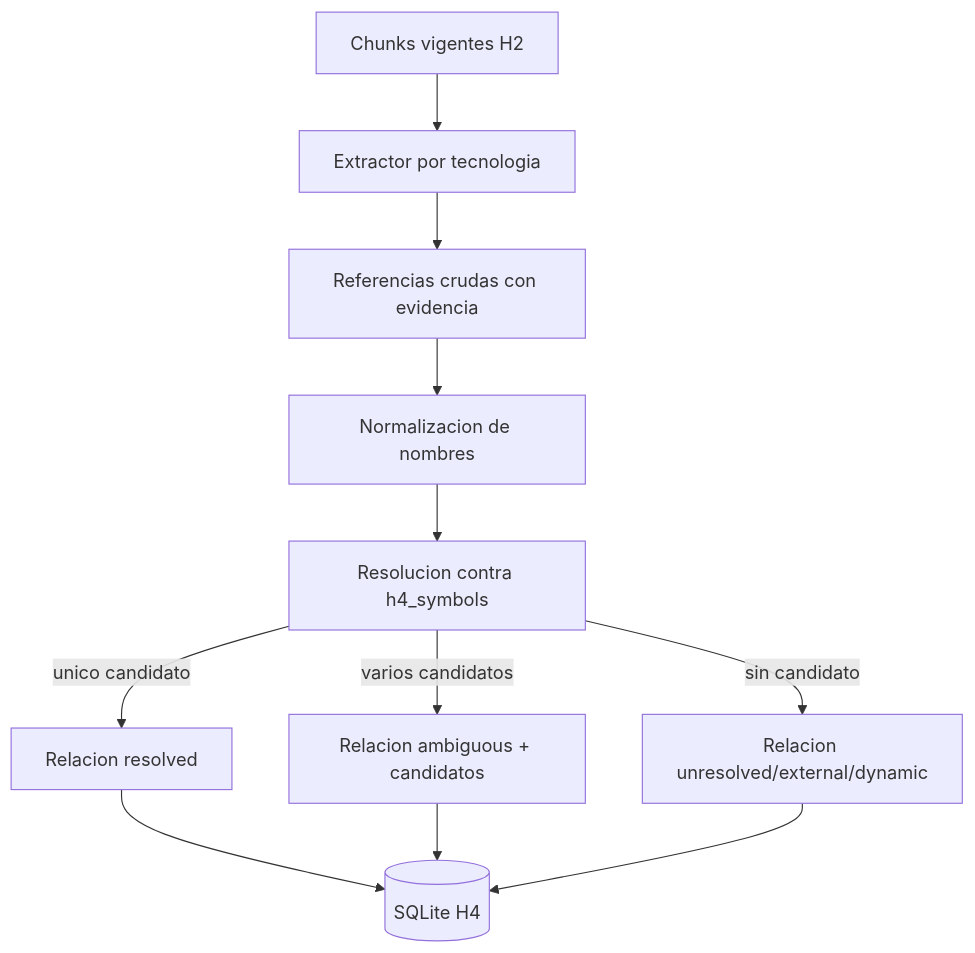
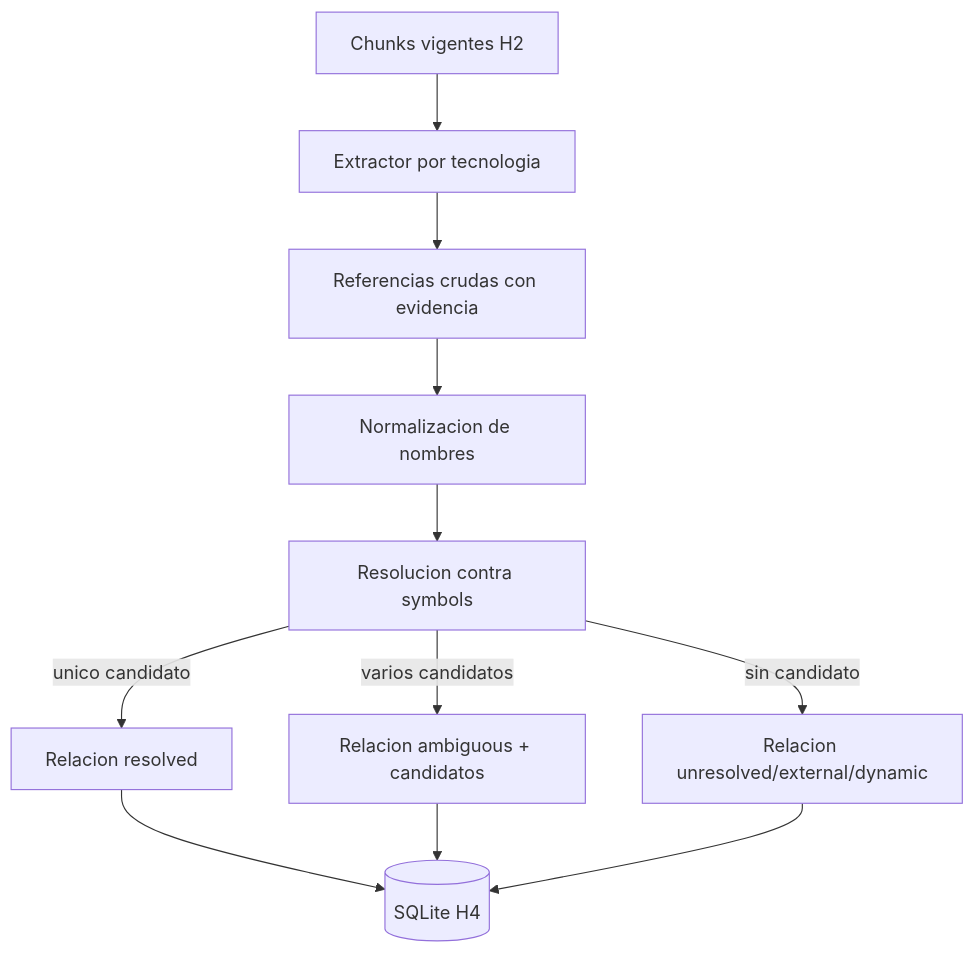
The third of 6 diagrams in specs/H4-ReverseEngineering/design.md (fcamasca/barbarion), drawn with Mermaid before and after one commit. The commit also changed other lines of this file and 6 other files, not shown here.

````diff
--- a/specs/H4-ReverseEngineering/design.md
+++ b/specs/H4-ReverseEngineering/design.md
@@ -340,13 +340,13 @@
 ```mermaid
 flowchart TD
     A["Chunks vigentes H2"] --> B["Extractor por tecnologia"]
     B --> C["Referencias crudas con evidencia"]
     C --> D["Normalizacion de nombres"]
-    D --> E["Resolucion contra h4_symbols"]
+    D --> E["Resolucion contra symbols"]
     E -->|unico candidato| F["Relacion resolved"]
     E -->|varios candidatos| G["Relacion ambiguous + candidatos"]
     E -->|sin candidato| H["Relacion unresolved/external/dynamic"]
     F --> I[("SQLite H4")]
     G --> I
     H --> I
 ```
````
